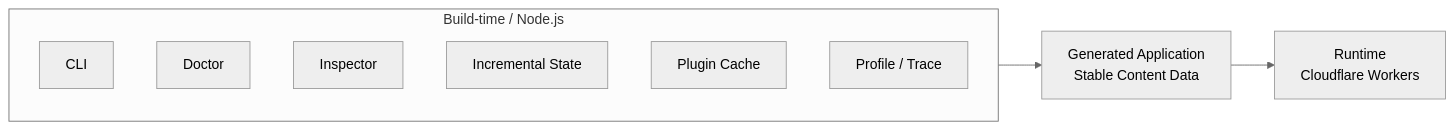
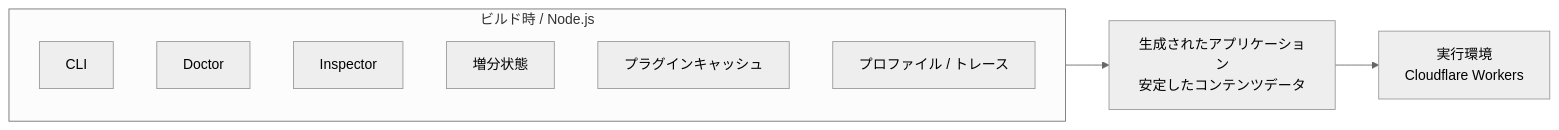
The sixth of 7 diagrams in docs/docs/framework/architecture.ja.md (Rerurate514/riebeckite), drawn with Mermaid (neutral theme) before and after one commit. The commit also changed other lines of this file and 310 other files, not shown here.

````diff
--- a/docs/docs/framework/architecture.ja.md
+++ b/docs/docs/framework/architecture.ja.md
@@ -372,15 +317,15 @@
 ```mermaid id="qdk05v"
 flowchart LR
-    subgraph Build["Build-time / Node.js"]
+    subgraph Build["ビルド時 / Node.js"]
         CLI["CLI"]
         Doctor["Doctor"]
         Inspector["Inspector"]
-        State["Incremental State"]
-        Cache["Plugin Cache"]
-        Profile["Profile / Trace"]
+        State["増分状態"]
+        Cache["プラグインキャッシュ"]
+        Profile["プロファイル / トレース"]
     end
 
-    Build --> Output["Generated Application<br/>Stable Content Data"]
+    Build --> Output["生成されたアプリケーション<br/>安定したコンテンツデータ"]
 
-    Output --> Runtime["Runtime<br/>Cloudflare Workers"]
+    Output --> Runtime["実行環境<br/>Cloudflare Workers"]
 ```
````
